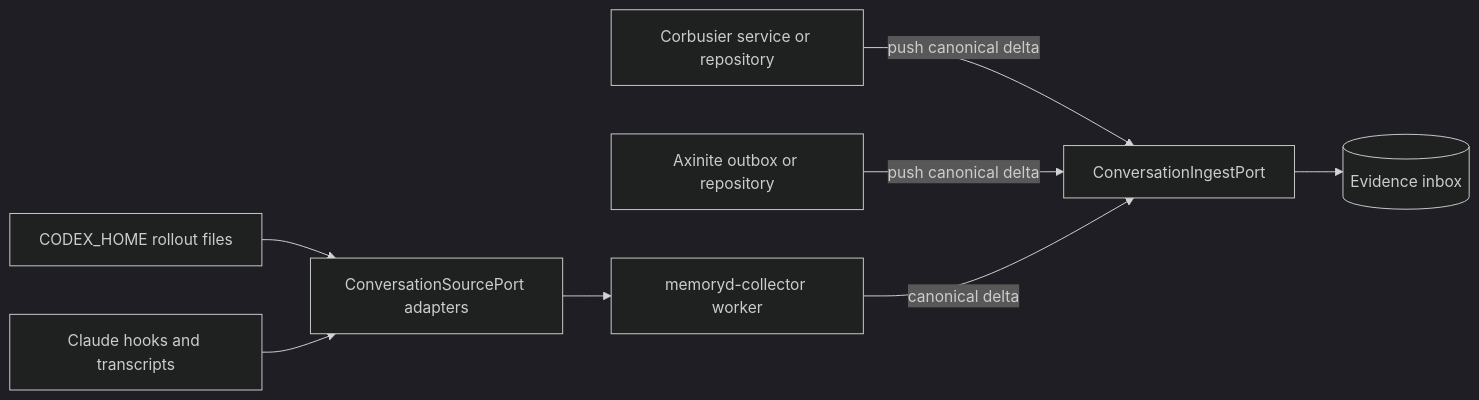
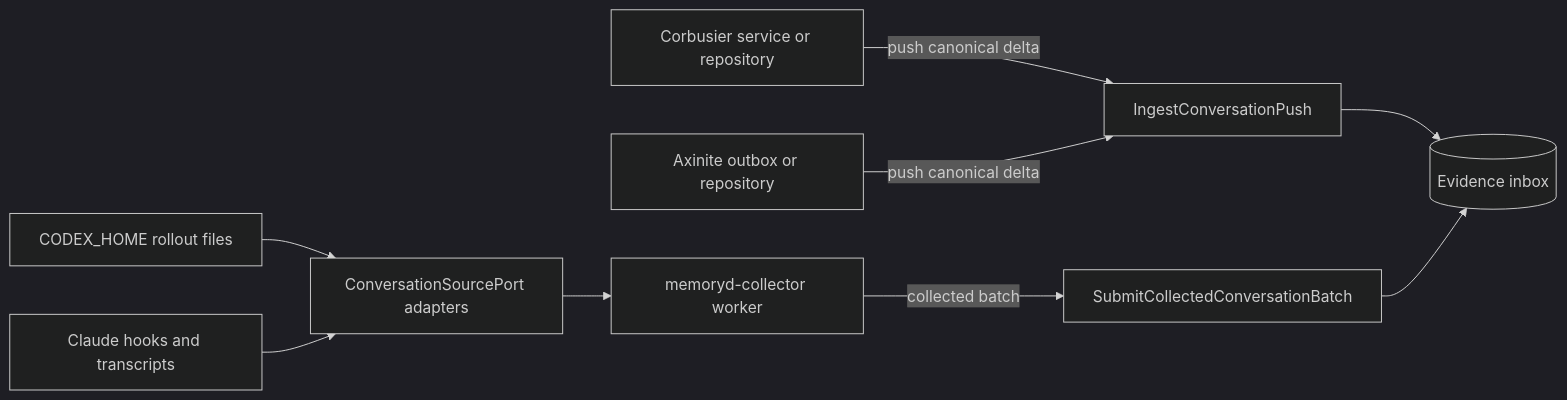
One commit to leynos/memoryd changed the third of 4 diagrams in docs/memoryd-design.md. Above: the diagram before and after it, drawn with Mermaid (dark theme). The commit also changed other lines of this file and 8 other files, not shown here.

````diff
--- a/docs/memoryd-design.md
+++ b/docs/memoryd-design.md
@@ -402,20 +505,22 @@
 ```mermaid
 flowchart LR
     Corbusier[Corbusier service or repository]
     Axinite[Axinite outbox or repository]
     Codex[CODEX_HOME rollout files]
     Claude[Claude hooks and transcripts]
 
     SourcePort[ConversationSourcePort adapters]
     Worker[memoryd-collector worker]
-    Ingest[ConversationIngestPort]
+    Push[IngestConversationPush]
+    Batch[SubmitCollectedConversationBatch]
     Inbox[(Evidence inbox)]
 
-    Corbusier -->|push canonical delta| Ingest
-    Axinite -->|push canonical delta| Ingest
+    Corbusier -->|push canonical delta| Push
+    Axinite -->|push canonical delta| Push
     Codex --> SourcePort
     Claude --> SourcePort
     SourcePort --> Worker
-    Worker -->|canonical delta| Ingest
-    Ingest --> Inbox
+    Worker -->|collected batch| Batch
+    Push --> Inbox
+    Batch --> Inbox
 ```
````
